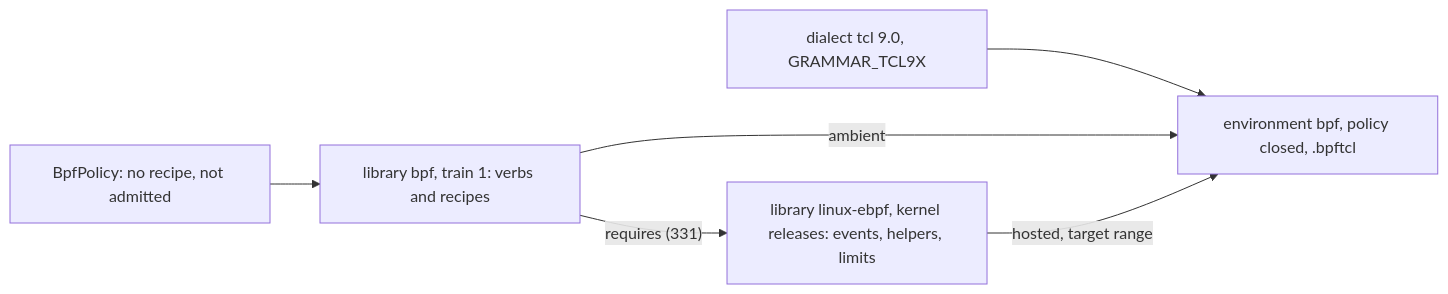
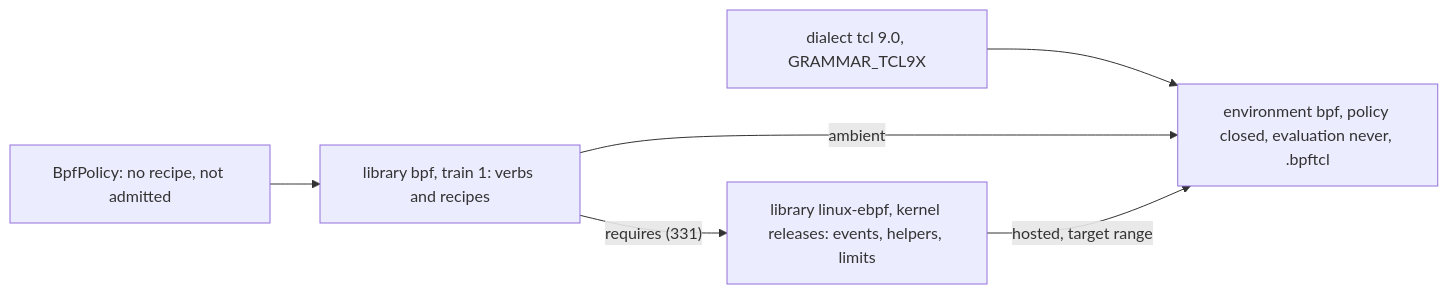
The first of 2 diagrams in docs/design/registry/model/380-spectcl-ebpf.md (bitwisecook/tcl-lsp), drawn with Mermaid before and after one commit. The commit also changed other lines of this file and 10 other files, not shown here.

````diff
--- a/docs/design/registry/model/380-spectcl-ebpf.md
+++ b/docs/design/registry/model/380-spectcl-ebpf.md
@@ -81,8 +86,8 @@
 ```mermaid
 flowchart LR
-  tcl["dialect tcl 9.0, GRAMMAR_TCL9X"] --> env["environment bpf, policy closed, .bpftcl"]
+  tcl["dialect tcl 9.0, GRAMMAR_TCL9X"] --> env["environment bpf, policy closed, evaluation never, .bpftcl"]
   bpfLib["library bpf, train 1: verbs and recipes"] -- ambient --> env
   kern["library linux-ebpf, kernel releases: events, helpers, limits"] -- "hosted, target range" --> env
   bpfLib -- "requires (331)" --> kern
   policy["BpfPolicy: no recipe, not admitted"] --> bpfLib
 ```
````
